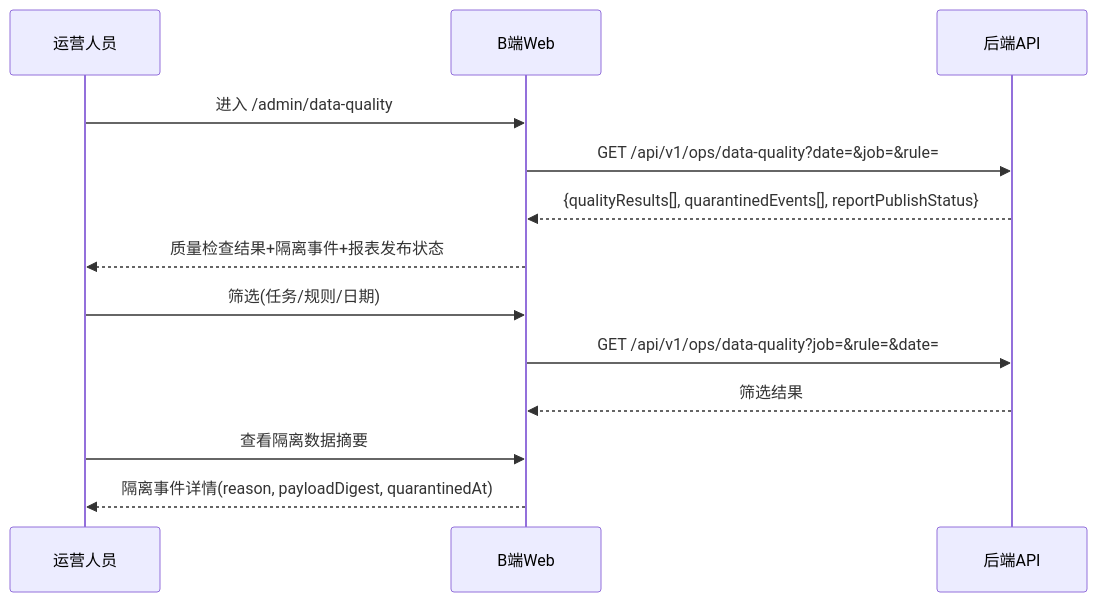
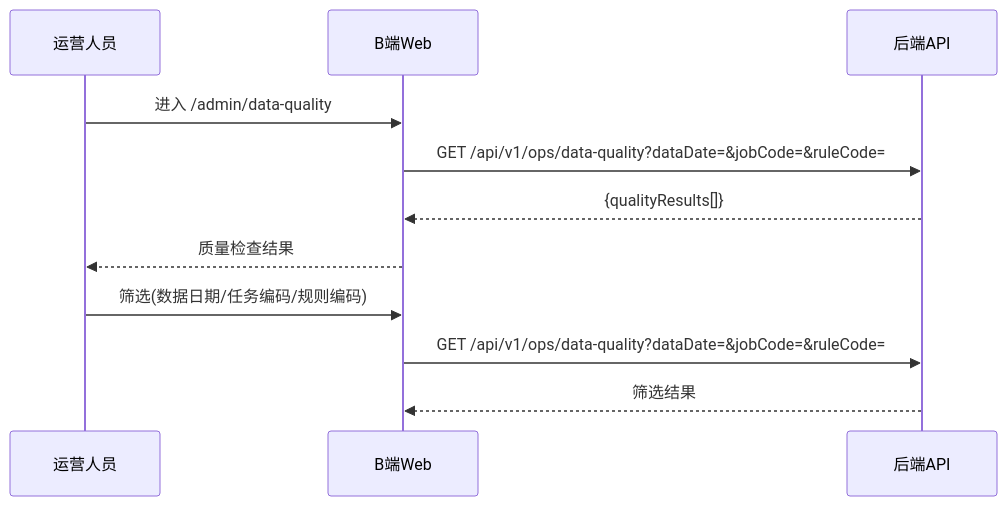
One commit to JN6565/MiniAlalipay changed diagram 27 of 36 in docs/minialalipay/miniaialipay -frontend-system-analysis.md. Above: the diagram before and after it, drawn with Mermaid. The commit also changed other lines of this file and 12 other files, not shown here.

````diff
--- a/docs/minialalipay/miniaialipay -frontend-system-analysis.md
+++ b/docs/minialalipay/miniaialipay -frontend-system-analysis.md
@@ -1760,15 +1760,13 @@
 ```mermaid
 sequenceDiagram
     participant O as 运营人员
     participant Web as B端Web
     participant API as 后端API
     O->>Web: 进入 /admin/data-quality
-    Web->>API: GET /api/v1/ops/data-quality?date=&job=&rule=
-    API-->>Web: {qualityResults[], quarantinedEvents[], reportPublishStatus}
-    Web-->>O: 质量检查结果+隔离事件+报表发布状态
-    O->>Web: 筛选(任务/规则/日期)
-    Web->>API: GET /api/v1/ops/data-quality?job=&rule=&date=
+    Web->>API: GET /api/v1/ops/data-quality?dataDate=&jobCode=&ruleCode=
+    API-->>Web: {qualityResults[]}
+    Web-->>O: 质量检查结果
+    O->>Web: 筛选(数据日期/任务编码/规则编码)
+    Web->>API: GET /api/v1/ops/data-quality?dataDate=&jobCode=&ruleCode=
     API-->>Web: 筛选结果
-    O->>Web: 查看隔离数据摘要
-    Web-->>O: 隔离事件详情(reason, payloadDigest, quarantinedAt)
 ```
````
